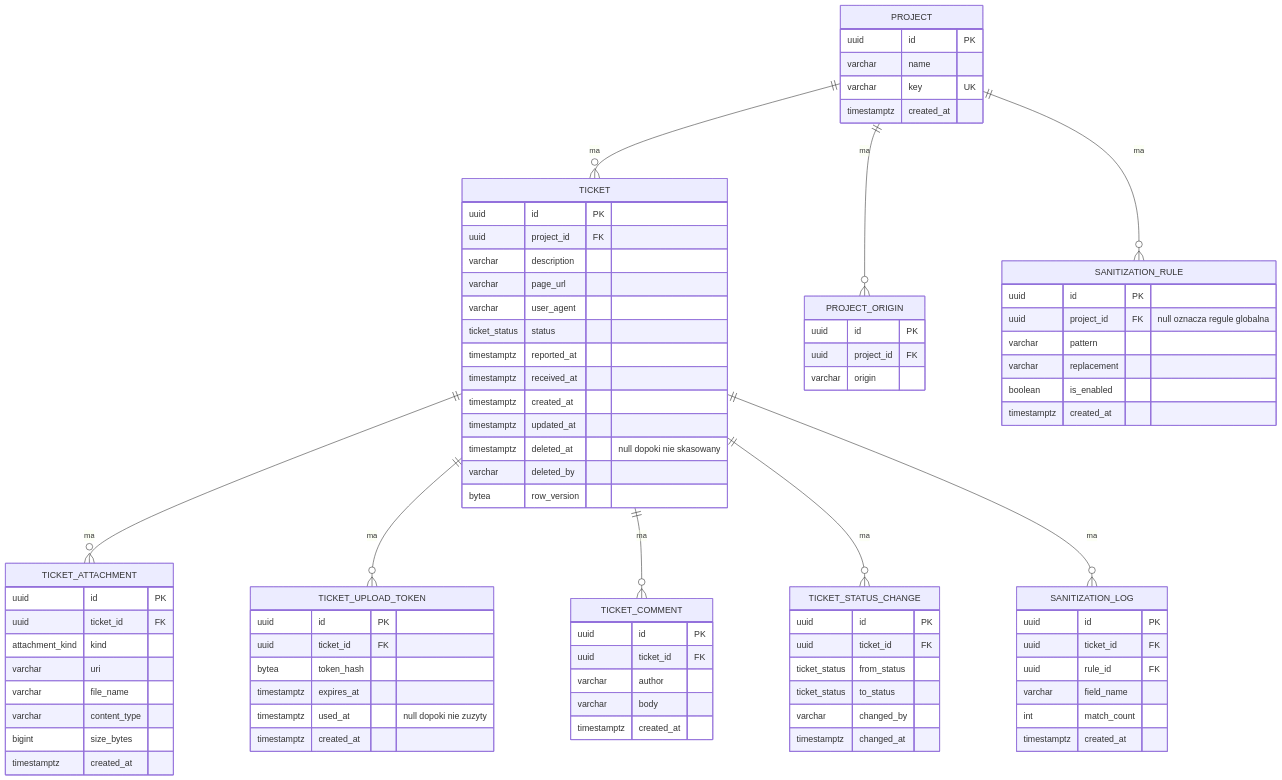
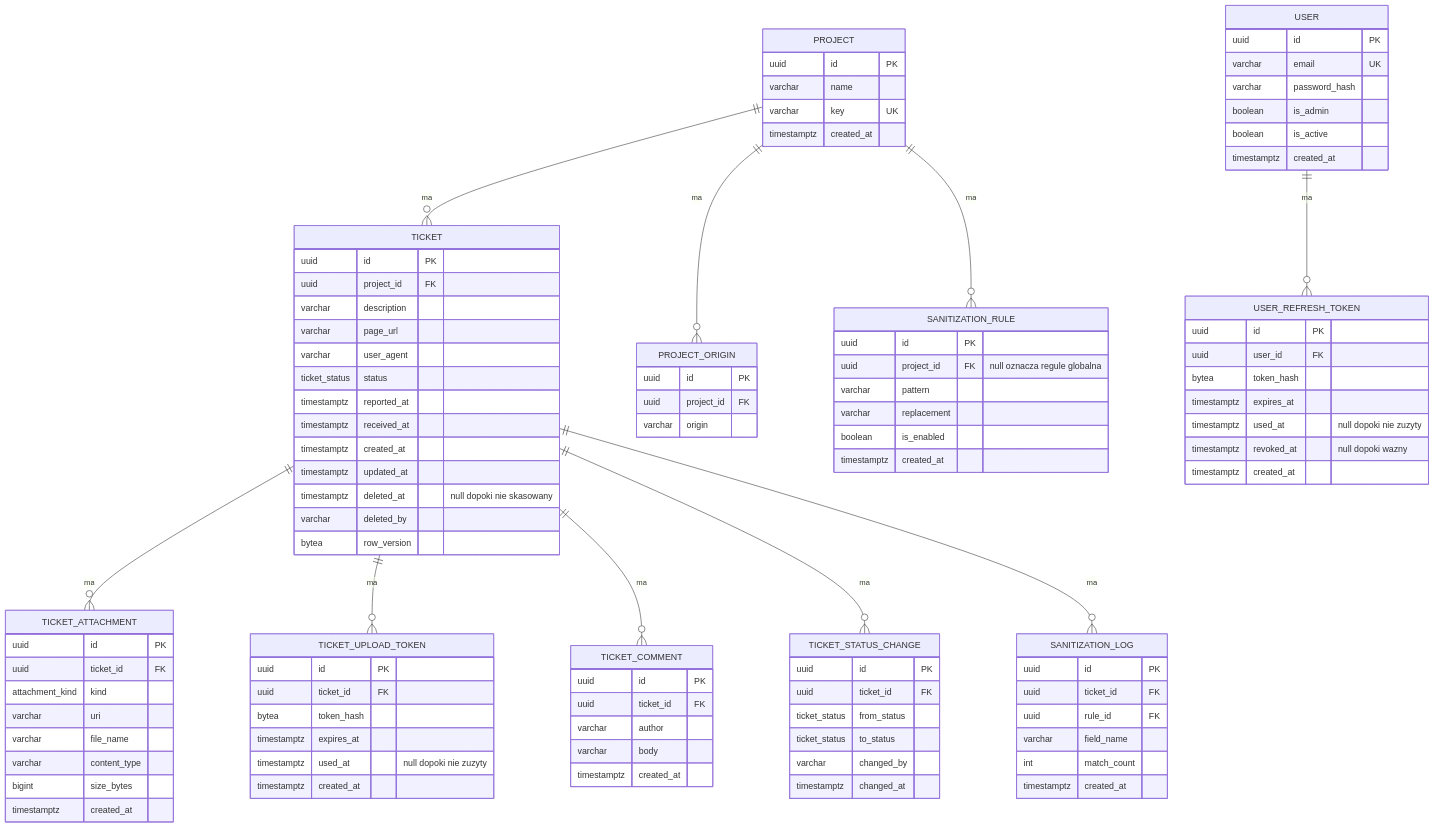
The diagram in docs/api.md (MarshallBjorn/bug-shot), drawn with Mermaid before and after one commit. The commit also changed other lines of this file and 3 other files, not shown here.

````diff
--- a/docs/api.md
+++ b/docs/api.md
@@ -16,6 +16,7 @@
     TICKET ||--o{ TICKET_COMMENT : "ma"
     TICKET ||--o{ TICKET_STATUS_CHANGE : "ma"
     TICKET ||--o{ SANITIZATION_LOG : "ma"
+    USER ||--o{ USER_REFRESH_TOKEN : "ma"
 
     PROJECT {
         uuid id PK
@@ -100,4 +101,23 @@
         varchar changed_by
         timestamptz changed_at
     }
+
+    USER {
+        uuid id PK
+        varchar email UK
+        varchar password_hash
+        boolean is_admin
+        boolean is_active
+        timestamptz created_at
+    }
+
+    USER_REFRESH_TOKEN {
+        uuid id PK
+        uuid user_id FK
+        bytea token_hash
+        timestamptz expires_at
+        timestamptz used_at "null dopoki nie zuzyty"
+        timestamptz revoked_at "null dopoki wazny"
+        timestamptz created_at
+    }
 ```
````
